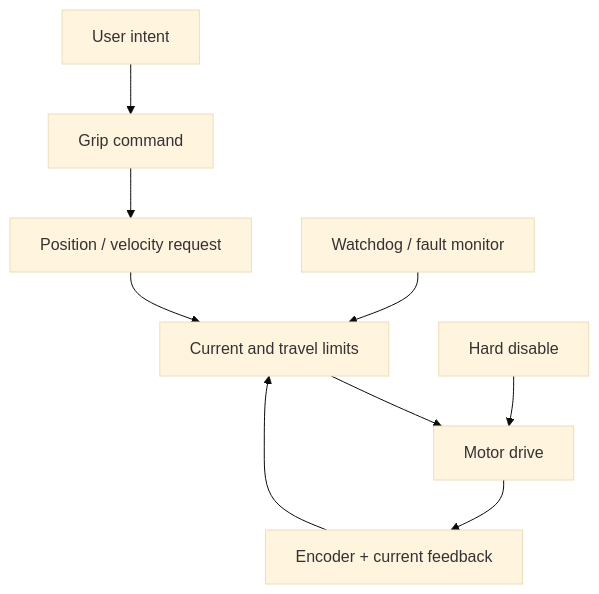
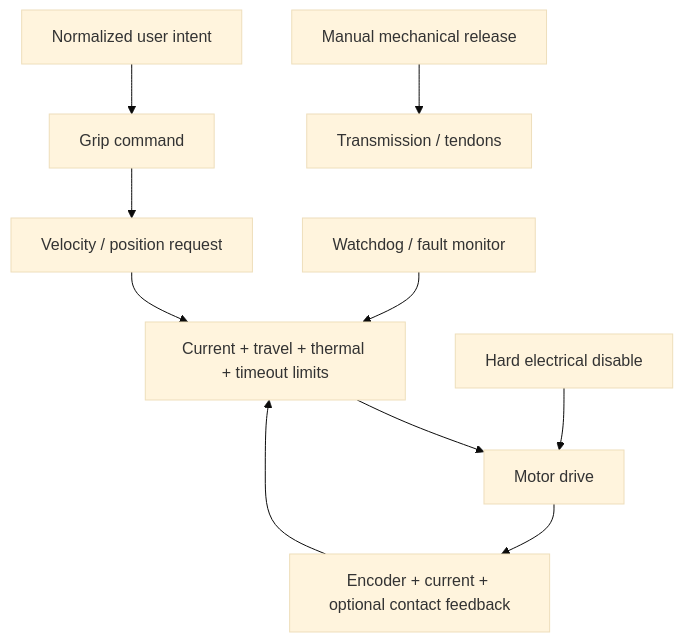
Before and after one commit to heisqasim/Robotic-Arm-Hand: the second of 2 diagrams in docs/ARCHITECTURE.md, drawn with Mermaid (base theme). The commit also changed other lines of this file, not shown here.

Commit message:
Make system architecture sensor-agnostic and fault-releasable

````diff
--- a/docs/ARCHITECTURE.md
+++ b/docs/ARCHITECTURE.md
@@ -64,11 +73,12 @@
 ```mermaid
 flowchart TD
-    I[User intent] --> G[Grip command]
-    G --> P[Position / velocity request]
-    P --> L[Current and travel limits]
+    I[Normalized user intent] --> G[Grip command]
+    G --> P[Velocity / position request]
+    P --> L[Current + travel + thermal + timeout limits]
     L --> MD[Motor drive]
-    MD --> FB[Encoder + current feedback]
+    MD --> FB[Encoder + current + optional contact feedback]
     FB --> L
     W[Watchdog / fault monitor] --> L
-    K[Hard disable] --> MD
+    K[Hard electrical disable] --> MD
+    R[Manual mechanical release] --> MECH[Transmission / tendons]
 ```
````
